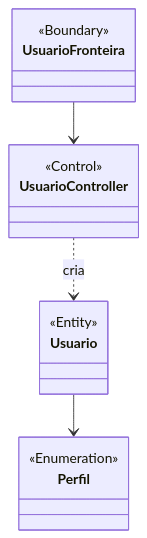
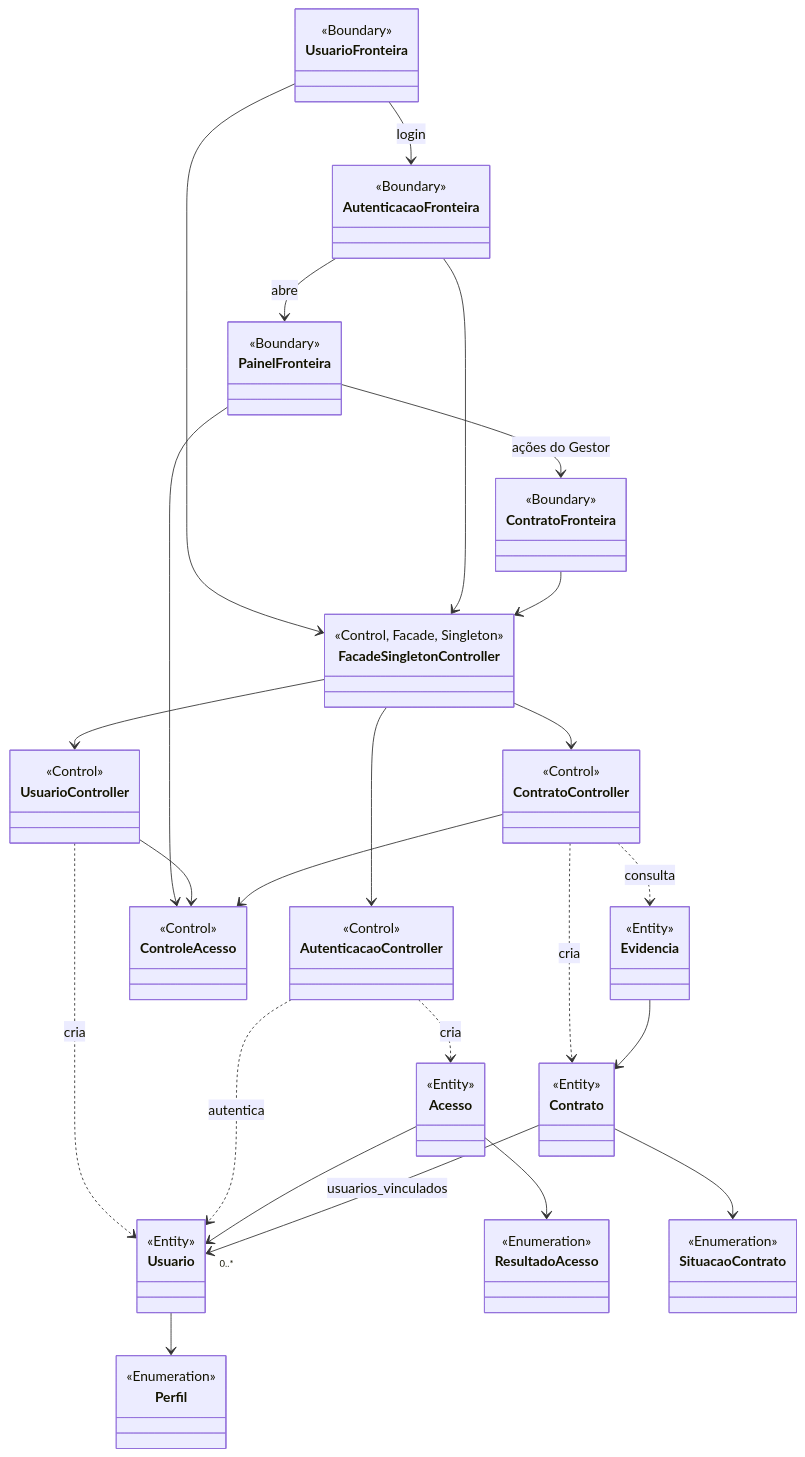
Before and after one commit to bruvaloes/audita: the diagram in docs/05-analise.md, drawn with Mermaid. The commit also changed other lines of this file and 8 other files, not shown here.

First line of the commit message:
docs(diagramas): atualizar casos de uso e classes até a Sprint 3

````diff
--- a/docs/05-analise.md
+++ b/docs/05-analise.md
@@ -7,18 +9,74 @@
 ```mermaid
 classDiagram
     class UsuarioFronteira {
         <<Boundary>>
     }
+    class AutenticacaoFronteira {
+        <<Boundary>>
+    }
+    class PainelFronteira {
+        <<Boundary>>
+    }
+    class ContratoFronteira {
+        <<Boundary>>
+    }
+    class FacadeSingletonController {
+        <<Control, Facade, Singleton>>
+    }
     class UsuarioController {
+        <<Control>>
+    }
+    class AutenticacaoController {
+        <<Control>>
+    }
+    class ContratoController {
+        <<Control>>
+    }
+    class ControleAcesso {
         <<Control>>
     }
     class Usuario {
         <<Entity>>
     }
     class Perfil {
         <<Enumeration>>
     }
-    UsuarioFronteira --> UsuarioController
+    class Acesso {
+        <<Entity>>
+    }
+    class ResultadoAcesso {
+        <<Enumeration>>
+    }
+    class Contrato {
+        <<Entity>>
+    }
+    class SituacaoContrato {
+        <<Enumeration>>
+    }
+    class Evidencia {
+        <<Entity>>
+    }
+    UsuarioFronteira --> AutenticacaoFronteira : login
+    AutenticacaoFronteira --> PainelFronteira : abre
+    PainelFronteira --> ContratoFronteira : ações do Gestor
+    UsuarioFronteira --> FacadeSingletonController
+    AutenticacaoFronteira --> FacadeSingletonController
+    ContratoFronteira --> FacadeSingletonController
+    FacadeSingletonController --> UsuarioController
+    FacadeSingletonController --> AutenticacaoController
+    FacadeSingletonController --> ContratoController
+    PainelFronteira --> ControleAcesso
+    UsuarioController --> ControleAcesso
+    ContratoController --> ControleAcesso
     UsuarioController ..> Usuario : cria
+    AutenticacaoController ..> Usuario : autentica
+    AutenticacaoController ..> Acesso : cria
+    ContratoController ..> Contrato : cria
+    ContratoController ..> Evidencia : consulta
     Usuario --> Perfil
+    Acesso --> ResultadoAcesso
+    Acesso --> Usuario
+    Contrato --> SituacaoContrato
+    Contrato --> "0..*" Usuario : usuarios_vinculados
+    Evidencia --> Contrato
 ```
````
